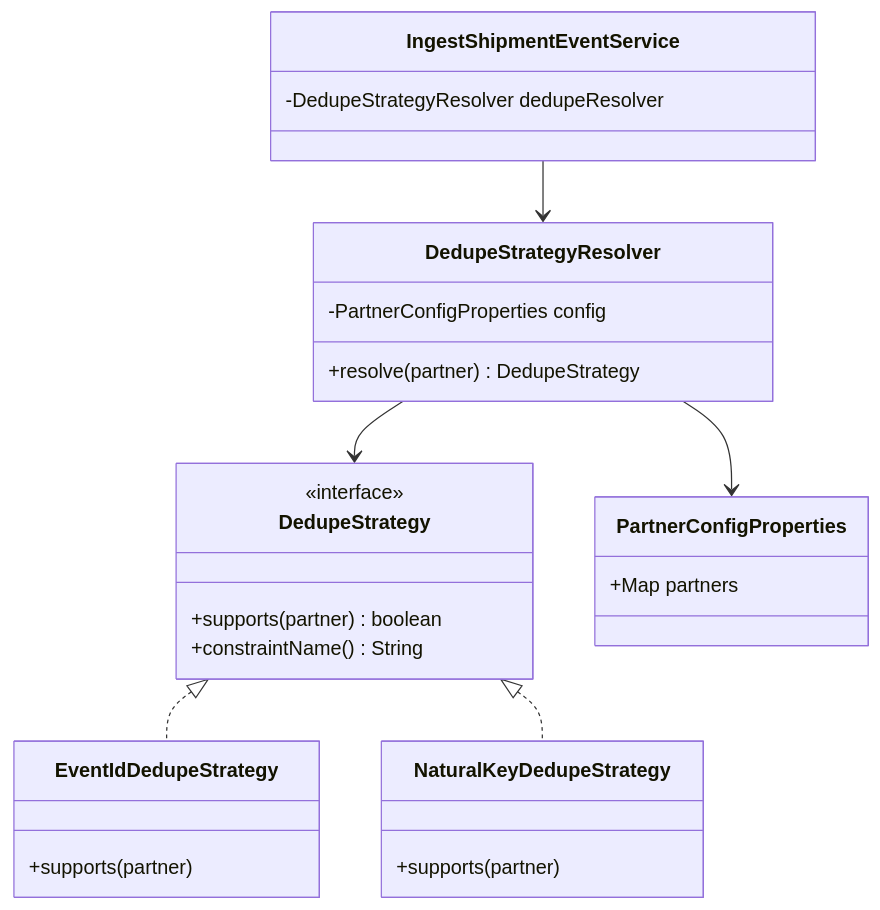
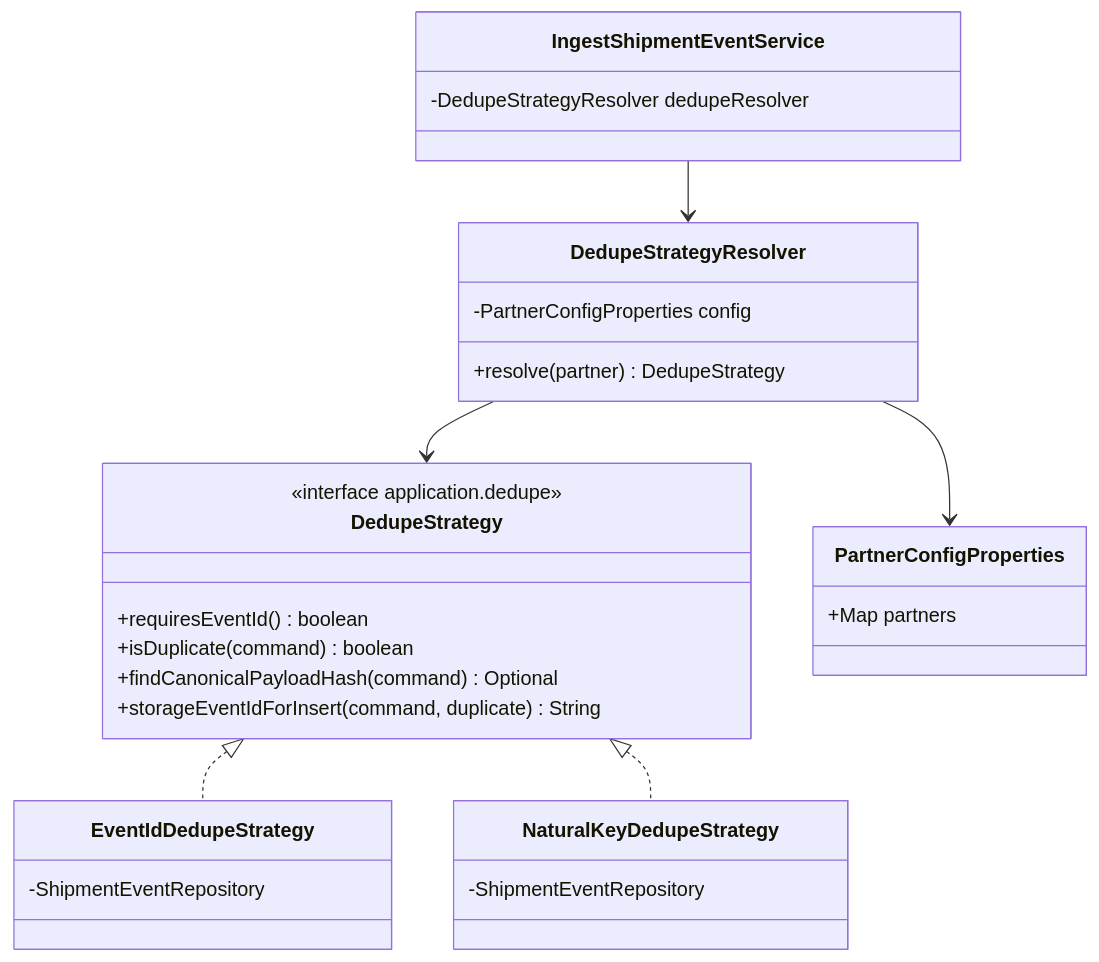
The fifth of 6 diagrams in docs/design/CLASS_DIAGRAM.md (KumirenN/AccsoAssignment), drawn with Mermaid before and after one commit. The commit also changed other lines of this file and 15 other files, not shown here.

````diff
--- a/docs/design/CLASS_DIAGRAM.md
+++ b/docs/design/CLASS_DIAGRAM.md
@@ -333,30 +341,34 @@
 ```mermaid
 classDiagram
+    direction TB
+
     class DedupeStrategy {
-        <<interface>>
-        +supports(partner) boolean
-        +constraintName() String
+        <<interface application.dedupe>>
+        +requiresEventId() boolean
+        +isDuplicate(command) boolean
+        +findCanonicalPayloadHash(command) Optional
+        +storageEventIdForInsert(command, duplicate) String
     }
     class EventIdDedupeStrategy {
-        +supports(partner)
+        -ShipmentEventRepository
     }
     class NaturalKeyDedupeStrategy {
-        +supports(partner)
+        -ShipmentEventRepository
     }
     class DedupeStrategyResolver {
         -PartnerConfigProperties config
         +resolve(partner) DedupeStrategy
     }
     class PartnerConfigProperties {
         +Map partners
     }
     class IngestShipmentEventService {
         -DedupeStrategyResolver dedupeResolver
     }
 
     DedupeStrategy <|.. EventIdDedupeStrategy
     DedupeStrategy <|.. NaturalKeyDedupeStrategy
     DedupeStrategyResolver --> DedupeStrategy
     DedupeStrategyResolver --> PartnerConfigProperties
     IngestShipmentEventService --> DedupeStrategyResolver
 ```
````
